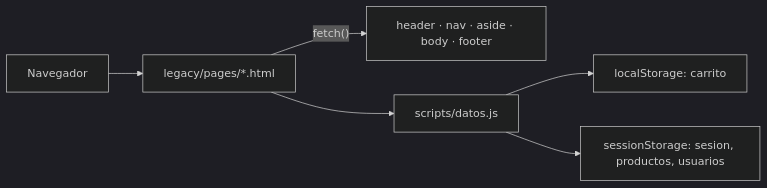
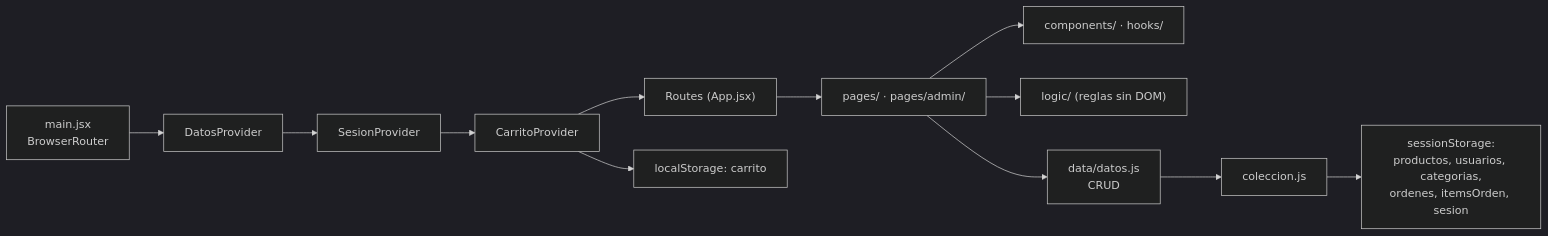
One commit to daemunozr/web_store changed the first of 2 diagrams in README.md. Above: the diagram before and after it, drawn with Mermaid (dark theme). The commit also changed other lines of this file and 1 other file, not shown here.

````diff
--- a/README.md
+++ b/README.md
@@ -85,8 +87,14 @@
 ```mermaid
 flowchart LR
-  U["Navegador"] --> V["legacy/pages/*.html"]
-  V -- "fetch()" --> S["header · nav · aside · body · footer"]
-  V --> A["scripts/datos.js"]
-  A --> L["localStorage: carrito"]
-  A --> SS["sessionStorage: sesion, productos, usuarios"]
+  M["main.jsx<br/>BrowserRouter"] --> D["DatosProvider"]
+  D --> S["SesionProvider"]
+  S --> C["CarritoProvider"]
+  C --> R["Routes (App.jsx)"]
+  R --> P["pages/ · pages/admin/"]
+  P --> K["components/ · hooks/"]
+  P --> L["logic/ (reglas sin DOM)"]
+  P --> X["data/datos.js<br/>CRUD"]
+  X --> Y["coleccion.js"]
+  Y --> SS["sessionStorage:<br/>productos, usuarios, categorias,<br/>ordenes, itemsOrden, sesion"]
+  C --> LS["localStorage: carrito"]
 ```
````
